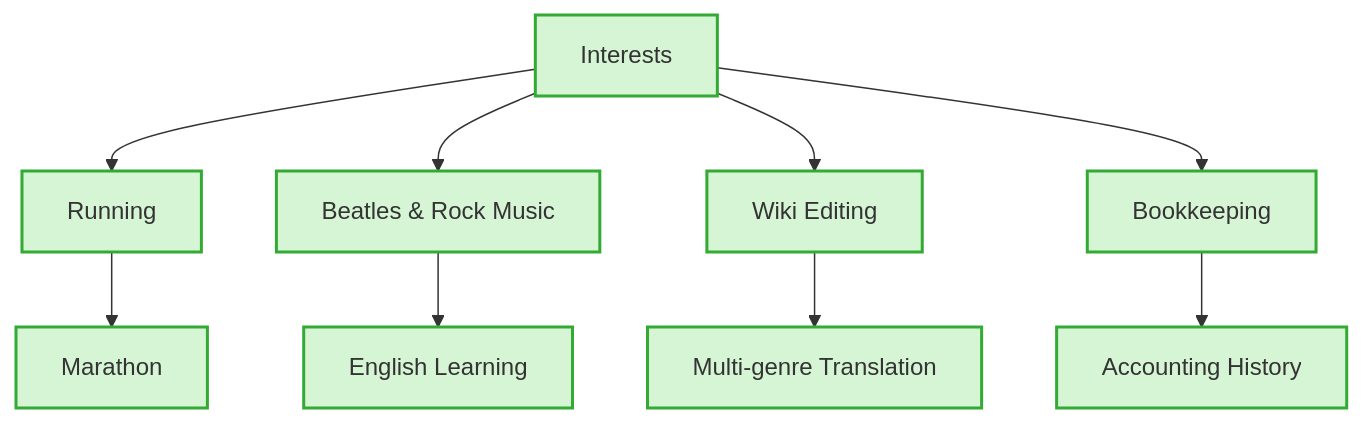
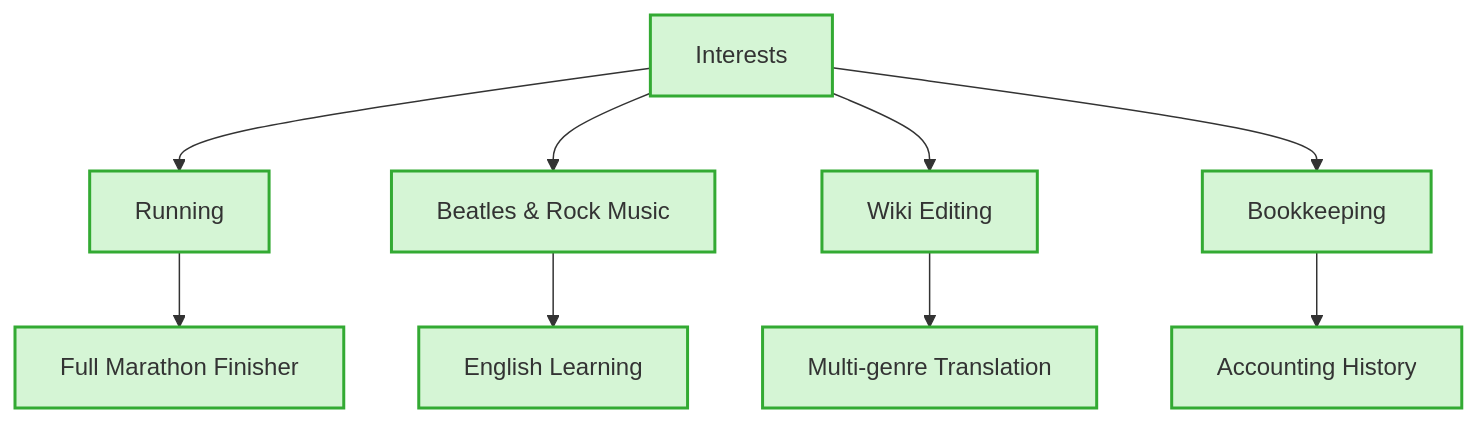
One commit to takeshiyoshida76-cell/takeshiyoshida76 changed the second of 3 diagrams in README.md. Above: the diagram before and after it, drawn with Mermaid. The commit also changed other lines of this file, not shown here.

````diff
--- a/README.md
+++ b/README.md
@@ -36,12 +55,12 @@
 ```mermaid
 graph TD
     classDef interest fill:#d5f5d5,stroke:#33aa33,stroke-width:2px;
     C[Interests]:::interest --> C1[Running]:::interest
     C --> C2[Beatles & Rock Music]:::interest
     C --> C3[Wiki Editing]:::interest
     C --> C4[Bookkeeping]:::interest
-    C1 --> C1a[Marathon]:::interest
+    C1 --> C1a[Full Marathon Finisher]:::interest
     C2 --> C2a[English Learning]:::interest
     C3 --> C3a[Multi-genre Translation]:::interest
     C4 --> C4a[Accounting History]:::interest
 ```
````
